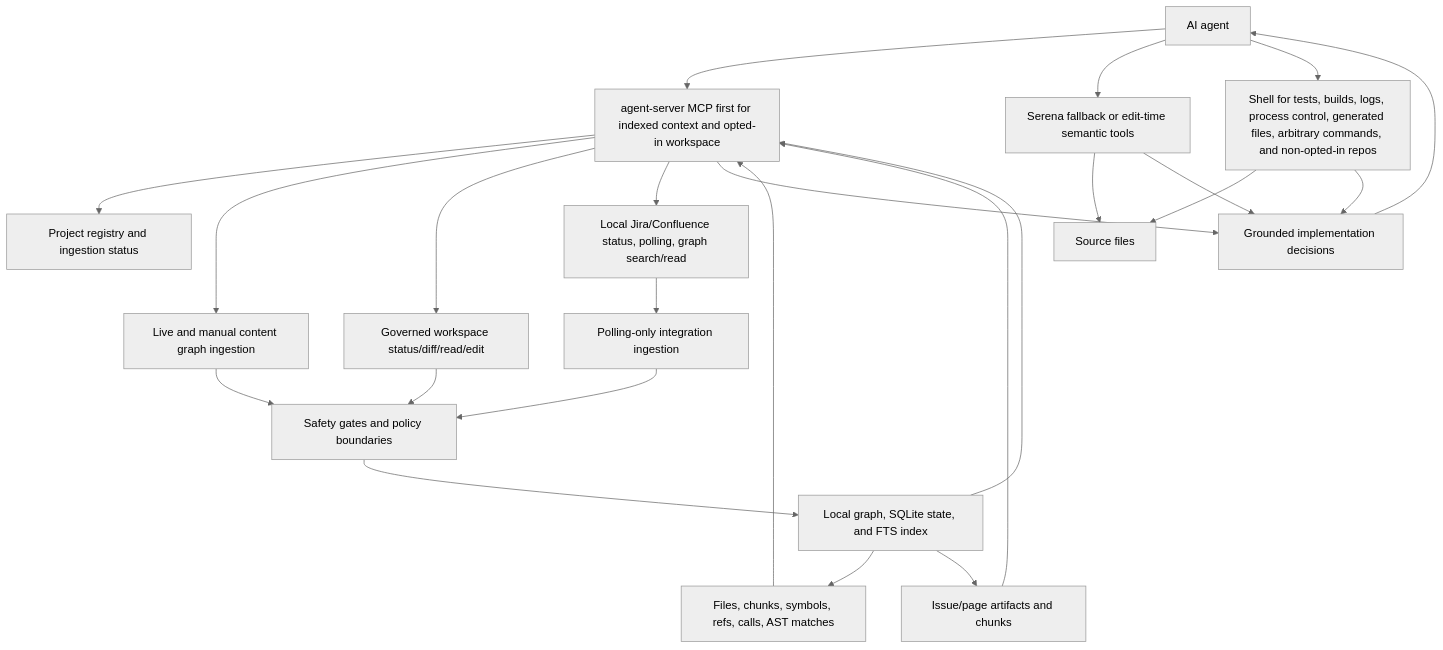
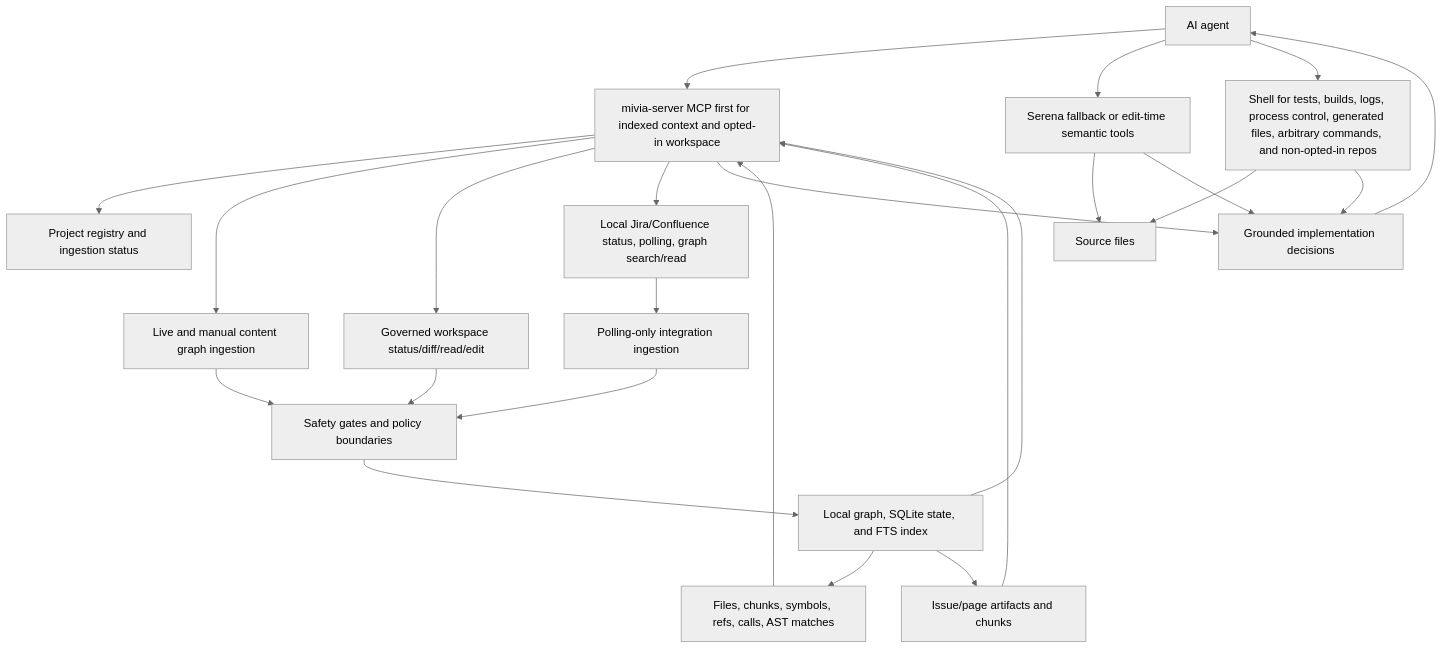
The third of 4 diagrams in README.md (MiviaLabs/go-mivia), drawn with Mermaid (neutral theme) before and after one commit. The commit also changed other lines of this file and 33 other files, not shown here.

````diff
--- a/README.md
+++ b/README.md
@@ -165,42 +165,42 @@
 ```mermaid
 flowchart TB
   Agent["AI agent"]
-  MCP["agent-server MCP first for indexed context and opted-in workspace"]
+  MCP["mivia-server MCP first for indexed context and opted-in workspace"]
   Serena["Serena fallback or edit-time semantic tools"]
   Shell["Shell for tests, builds, logs, process control, generated files, arbitrary commands, and non-opted-in repos"]
   Source["Source files"]
   Workspace["Governed workspace status/diff/read/edit"]
   Integrations["Local Jira/Confluence status, polling, graph search/read"]
   Indexed["Files, chunks, symbols, refs, calls, AST matches"]
   IntegrationContext["Issue/page artifacts and chunks"]
   Registry["Project registry and ingestion status"]
   Ingestion["Live and manual content graph ingestion"]
   Polling["Polling-only integration ingestion"]
   Store["Local graph, SQLite state, and FTS index"]
   Guardrails["Safety gates and policy boundaries"]
 
   Agent --> MCP
   MCP --> Registry
   MCP --> Ingestion
   MCP --> Workspace
   MCP --> Integrations
   Ingestion --> Guardrails
   Integrations --> Polling
   Polling --> Guardrails
   Workspace --> Guardrails
   Guardrails --> Store
   Store --> Indexed
   Store --> IntegrationContext
   Indexed --> MCP
   IntegrationContext --> MCP
   Store --> MCP
   Agent --> Serena
   Serena --> Source
   Agent --> Shell
   Shell --> Source
 
   MCP --> Decision["Grounded implementation decisions"]
   Serena --> Decision
   Shell --> Decision
   Decision --> Agent
 ```
````
